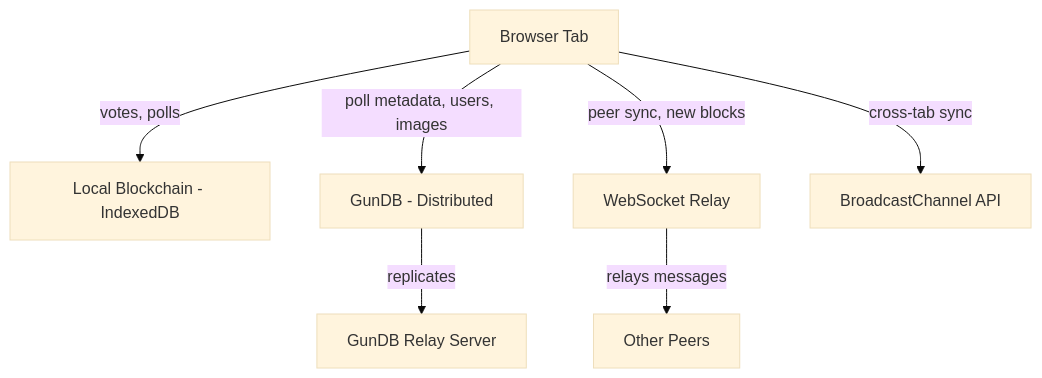
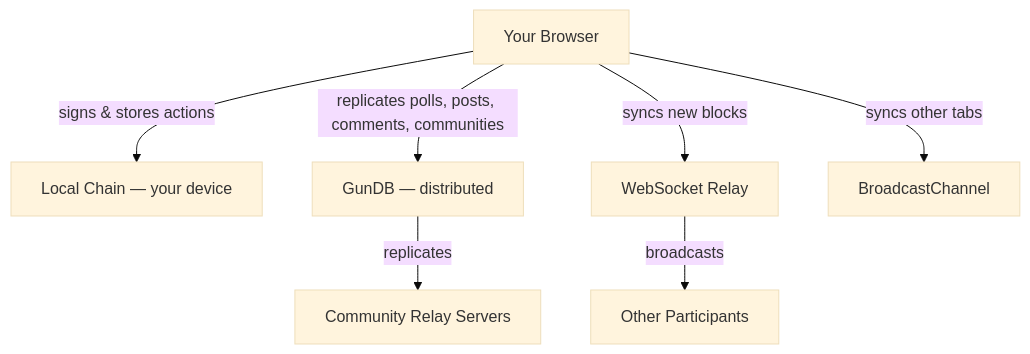
The first of 2 diagrams in README.md (Interpoll1/decentralised), drawn with Mermaid (base theme) before and after one commit. The commit also changed other lines of this file, not shown here.

Commit message:
Rebalance README narrative to cover posts/comments alongside voting (#16)

````diff
--- a/README.md
+++ b/README.md
@@ -64,9 +65,9 @@
 ```mermaid
 graph TD
-    A[Browser Tab] -->|votes, polls| B[Local Blockchain - IndexedDB]
-    A -->|poll metadata, users, images| C[GunDB - Distributed]  
-    A -->|peer sync, new blocks| D[WebSocket Relay]
-    A -->|cross-tab sync| E[BroadcastChannel API]
-    D -->|relays messages| F[Other Peers]
-    C -->|replicates| G[GunDB Relay Server]
+    A[Your Browser] -->|signs & stores actions| B[Local Chain — your device]
+    A -->|replicates polls, posts, comments, communities| C[GunDB — distributed]
+    A -->|syncs new blocks| D[WebSocket Relay]
+    A -->|syncs other tabs| E[BroadcastChannel]
+    D -->|broadcasts| F[Other Participants]
+    C -->|replicates| G[Community Relay Servers]
 ```
````
